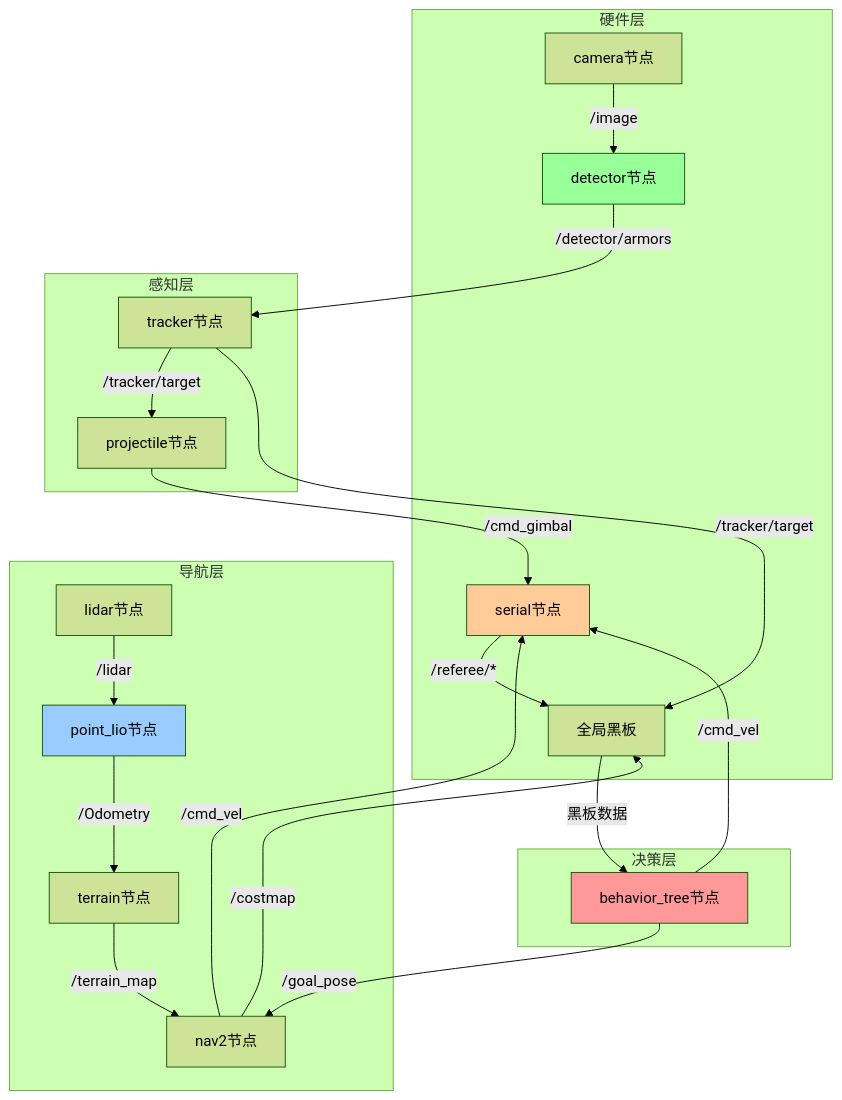
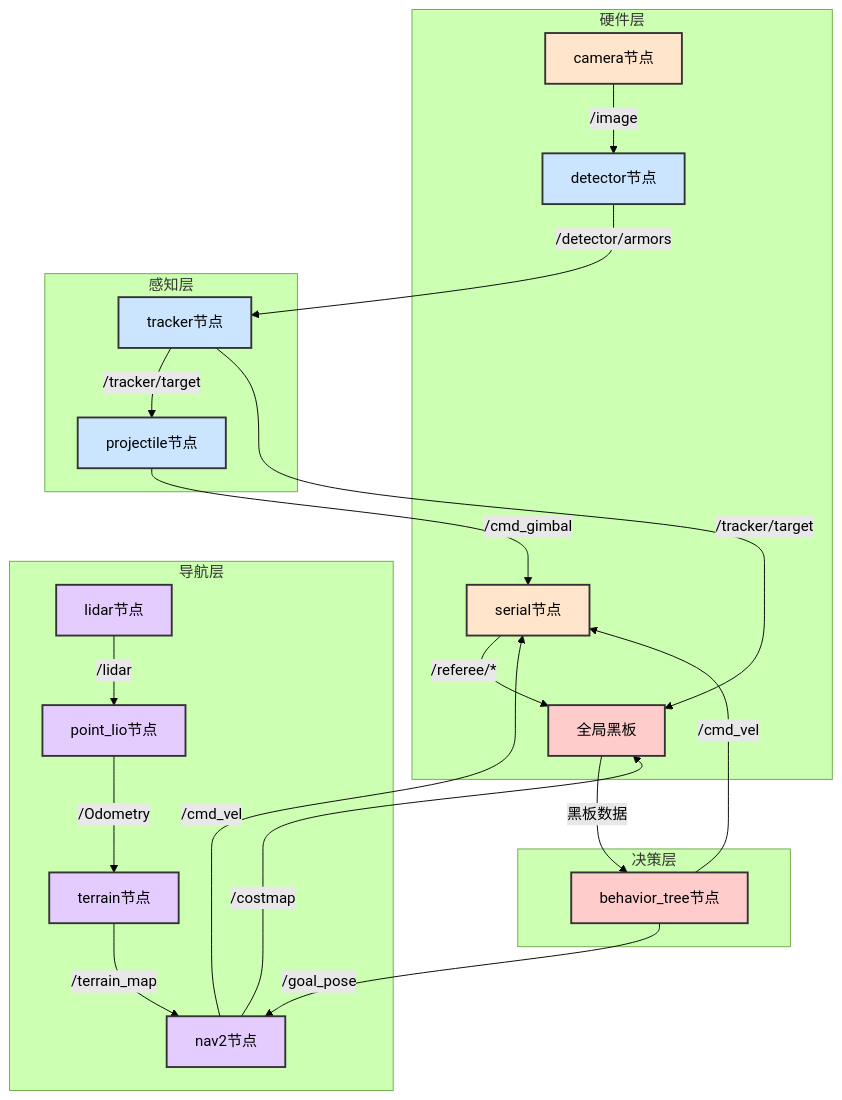
The diagram in docs/06_ROS话题详解.md (happywosabi/pb2025_sentry_ws), drawn with Mermaid (forest theme) before and after one commit. The commit also changed 5 other files, not shown here.

````diff
--- a/docs/06_ROS话题详解.md
+++ b/docs/06_ROS话题详解.md
@@ -212,33 +212,38 @@
 ```mermaid
 graph TB
     subgraph 硬件层
         SERIAL[serial节点] -->|/referee/*| BB[全局黑板]
         CAM[camera节点] -->|/image| DET
     end
 
     subgraph 感知层
         DET[detector节点] -->|/detector/armors| TRACK
         TRACK[tracker节点] -->|/tracker/target| PROJ
         PROJ[projectile节点] -->|/cmd_gimbal| SERIAL
     end
 
     subgraph 导航层
         LIDAR[lidar节点] -->|/lidar| PL
         PL[point_lio节点] -->|/Odometry| TA
         TA[terrain节点] -->|/terrain_map| NAV2
         NAV2[nav2节点] -->|/cmd_vel| SERIAL
     end
 
     subgraph 决策层
         BB -->|黑板数据| BT[behavior_tree节点]
         TRACK -->|/tracker/target| BB
         NAV2 -->|/costmap| BB
         BT -->|/goal_pose| NAV2
         BT -->|/cmd_vel| SERIAL
     end
 
-    style SERIAL fill:#ffcc99
-    style DET fill:#99ff99
-    style PL fill:#99ccff
-    style BT fill:#ff9999
+    classDef hardwareClass fill:#FFE5CC,stroke:#333,stroke-width:2px
+    classDef perceptionClass fill:#CCE5FF,stroke:#333,stroke-width:2px
+    classDef navClass fill:#E5CCFF,stroke:#333,stroke-width:2px
+    classDef decisionClass fill:#FFCCCC,stroke:#333,stroke-width:2px
+
+    class SERIAL,CAM hardwareClass
+    class DET,TRACK,PROJ perceptionClass
+    class LIDAR,PL,TA,NAV2 navClass
+    class BB,BT decisionClass
 ```
````
